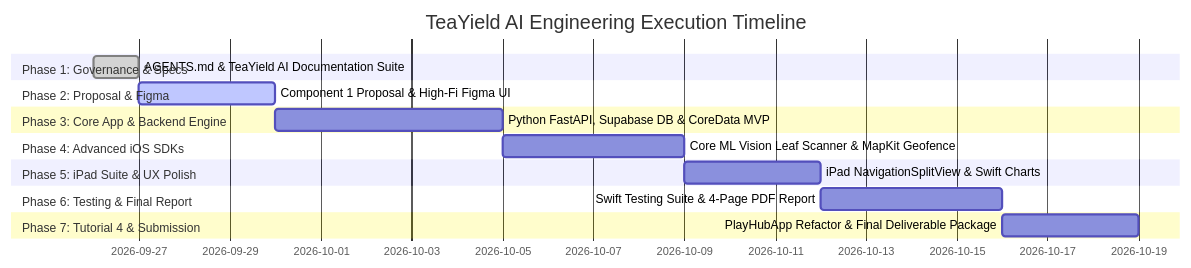
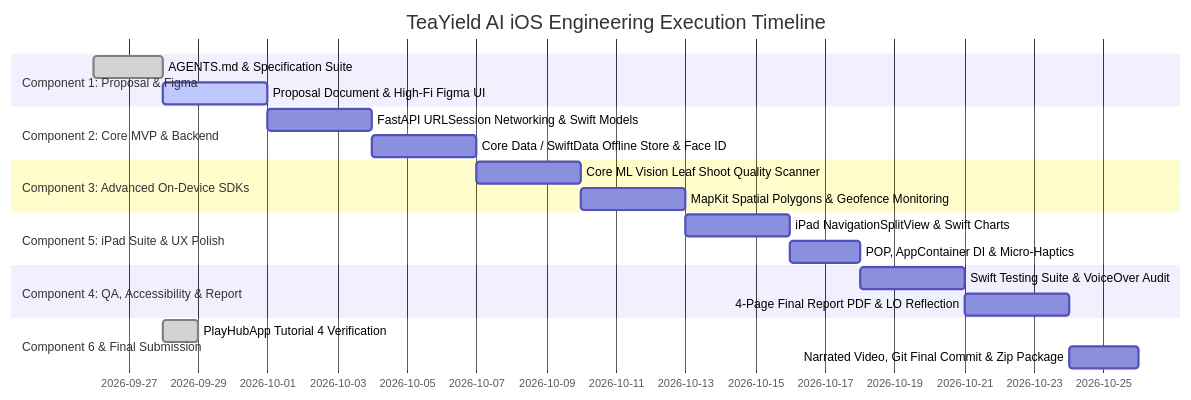
Before and after one commit to Bhanu2ko3/teayield-ai-ios: the diagram in docs/implementation_guides/WORKFLOW.md, drawn with Mermaid. The commit also changed other lines of this file and 25 other files, not shown here.

Commit message:
docs(comp1): complete specification suite, figma prototype plan, and git branching strategy

````diff
--- a/docs/implementation_guides/WORKFLOW.md
+++ b/docs/implementation_guides/WORKFLOW.md
@@ -11,19 +38,23 @@
 ```mermaid
 gantt
-    title TeaYield AI Engineering Execution Timeline
+    title TeaYield AI iOS Engineering Execution Timeline
     dateFormat  YYYY-MM-DD
-    section Phase 1: Governance & Specs
-    AGENTS.md & TeaYield AI Documentation Suite  :done, p1, 2026-09-26, 1d
-    section Phase 2: Proposal & Figma
-    Component 1 Proposal & High-Fi Figma UI       :active, p2, 2026-09-27, 3d
-    section Phase 3: Core App & Backend Engine
-    Python FastAPI, Supabase DB & CoreData MVP    :p3, 2026-09-30, 5d
-    section Phase 4: Advanced iOS SDKs
-    Core ML Vision Leaf Scanner & MapKit Geofence :p4, 2026-10-05, 4d
-    section Phase 5: iPad Suite & UX Polish
-    iPad NavigationSplitView & Swift Charts      :p5, 2026-10-09, 3d
-    section Phase 6: Testing & Final Report
-    Swift Testing Suite & 4-Page PDF Report       :p6, 2026-10-12, 4d
-    section Phase 7: Tutorial 4 & Submission
-    PlayHubApp Refactor & Final Deliverable Package:p7, 2026-10-16, 3d
+    section Component 1: Proposal & Figma
+    AGENTS.md & Specification Suite               :done, c1_spec, 2026-09-26, 2d
+    Proposal Document & High-Fi Figma UI          :active, c1_prop, 2026-09-28, 3d
+    section Component 2: Core MVP & Backend
+    FastAPI URLSession Networking & Swift Models  :c2_net, 2026-10-01, 3d
+    Core Data / SwiftData Offline Store & Face ID :c2_cd, 2026-10-04, 3d
+    section Component 3: Advanced On-Device SDKs
+    Core ML Vision Leaf Shoot Quality Scanner     :c3_ml, 2026-10-07, 3d
+    MapKit Spatial Polygons & Geofence Monitoring :c3_map, 2026-10-10, 3d
+    section Component 5: iPad Suite & UX Polish
+    iPad NavigationSplitView & Swift Charts       :c5_ipad, 2026-10-13, 3d
+    POP, AppContainer DI & Micro-Haptics          :c5_arch, 2026-10-16, 2d
+    section Component 4: QA, Accessibility & Report
+    Swift Testing Suite & VoiceOver Audit         :c4_qa, 2026-10-18, 3d
+    4-Page Final Report PDF & LO Reflection       :c4_rep, 2026-10-21, 3d
+    section Component 6 & Final Submission
+    PlayHubApp Tutorial 4 Verification            :done, c6_tut, 2026-09-28, 1d
+    Narrated Video, Git Final Commit & Zip Package:c6_sub, 2026-10-24, 2d
 ```
````
